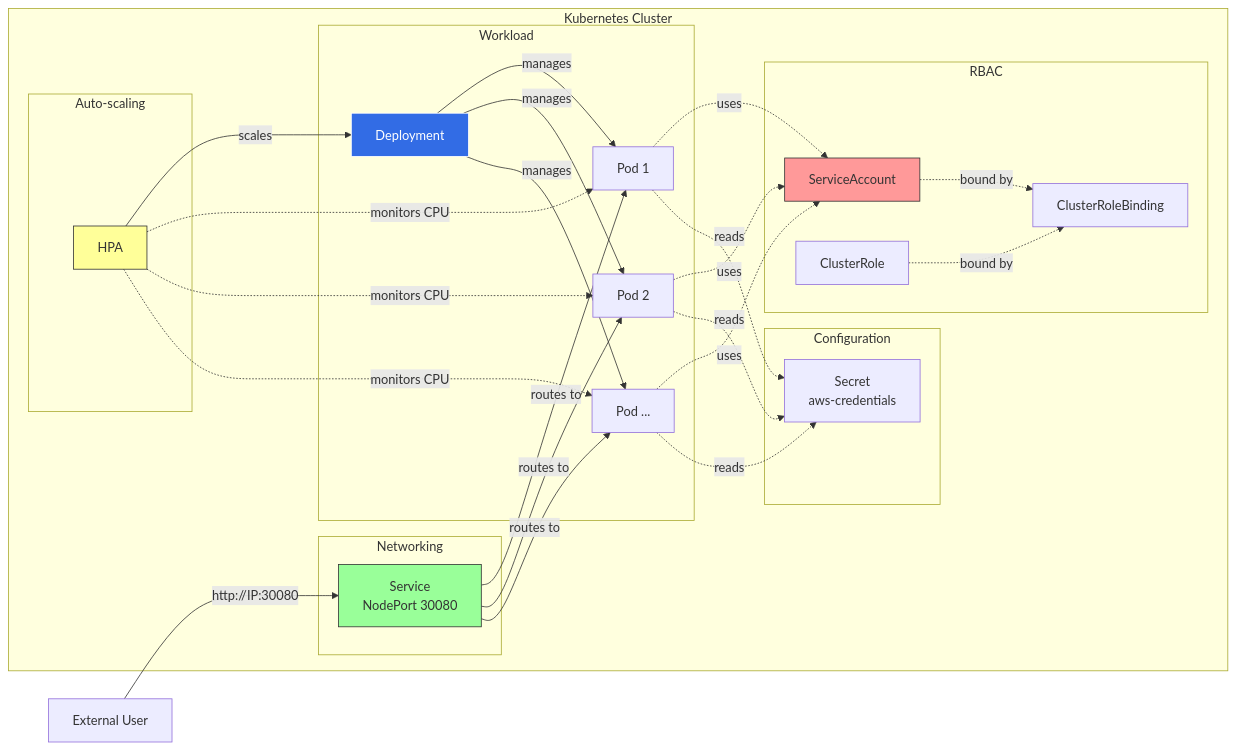
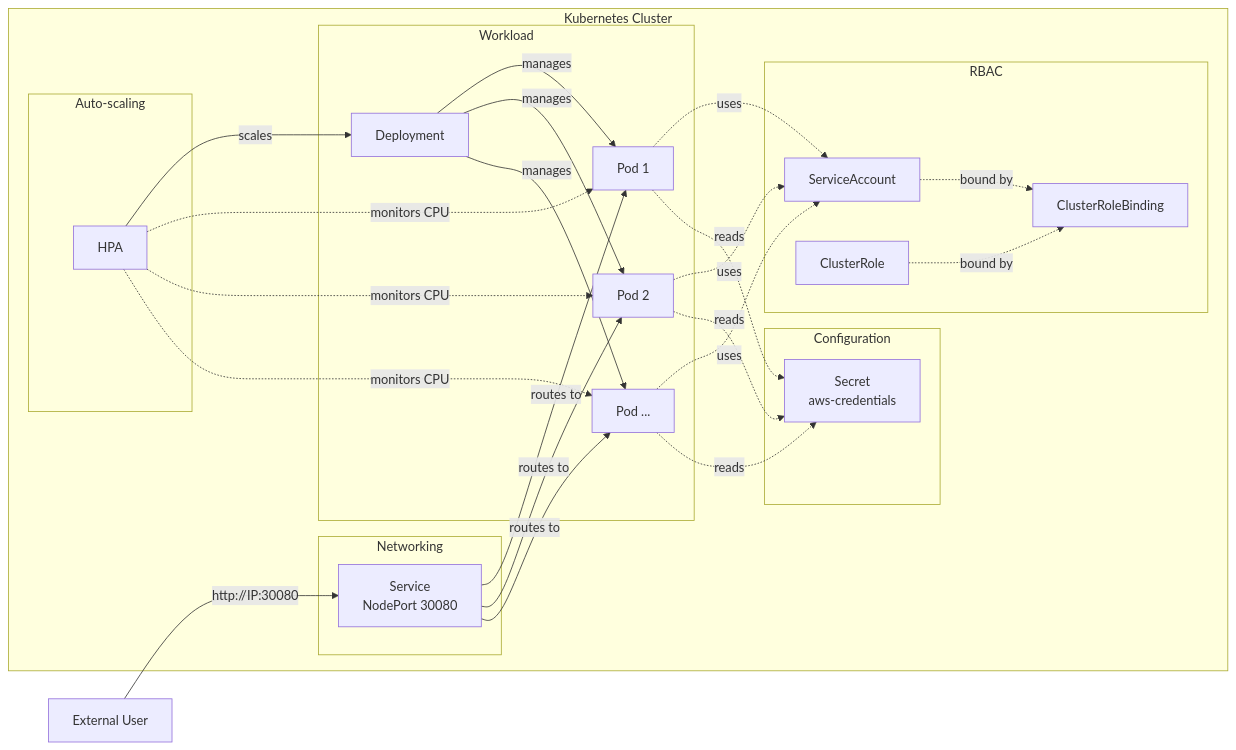
One commit to githuber20202/jb-gitops changed the third of 7 diagrams in README.md. Above: the diagram before and after it, drawn with Mermaid. The commit also changed other lines of this file, not shown here.

````diff
--- a/README.md
+++ b/README.md
@@ -111,54 +107,49 @@
 ```mermaid
 graph LR
     subgraph "Kubernetes Cluster"
         subgraph "RBAC"
             SA[ServiceAccount]
             CR[ClusterRole]
             CRB[ClusterRoleBinding]
             SA -.->|bound by| CRB
             CR -.->|bound by| CRB
         end
         
         subgraph "Workload"
             D[Deployment]
             P1[Pod 1]
             P2[Pod 2]
             P3[Pod ...]
             D -->|manages| P1
             D -->|manages| P2
             D -->|manages| P3
             P1 -.->|uses| SA
             P2 -.->|uses| SA
             P3 -.->|uses| SA
         end
         
         subgraph "Networking"
             S[Service<br/>NodePort 30080]
             S -->|routes to| P1
             S -->|routes to| P2
             S -->|routes to| P3
         end
         
         subgraph "Auto-scaling"
             HPA[HPA]
             HPA -->|scales| D
             HPA -.->|monitors CPU| P1
             HPA -.->|monitors CPU| P2
             HPA -.->|monitors CPU| P3
         end
         
         subgraph "Configuration"
             SEC[Secret<br/>aws-credentials]
             P1 -.->|reads| SEC
             P2 -.->|reads| SEC
             P3 -.->|reads| SEC
         end
     end
     
     EXT[External User] -->|http://IP:30080| S
-    
-    style D fill:#326CE5,stroke:#fff,color:#fff
-    style HPA fill:#ff9,stroke:#333
-    style S fill:#9f9,stroke:#333
-    style SA fill:#f99,stroke:#333
 ```
````
